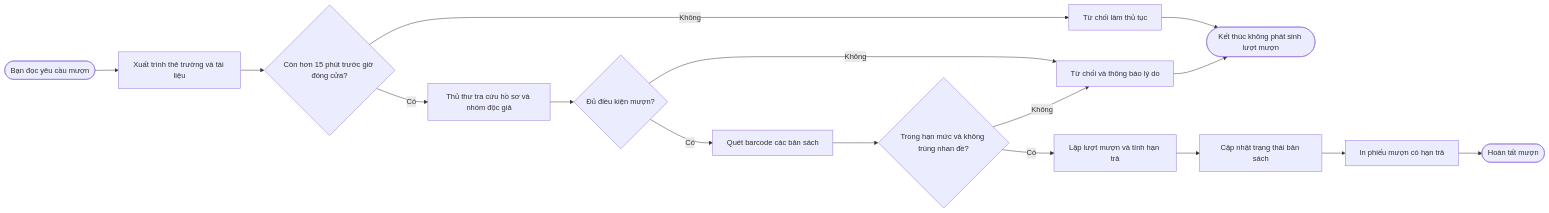
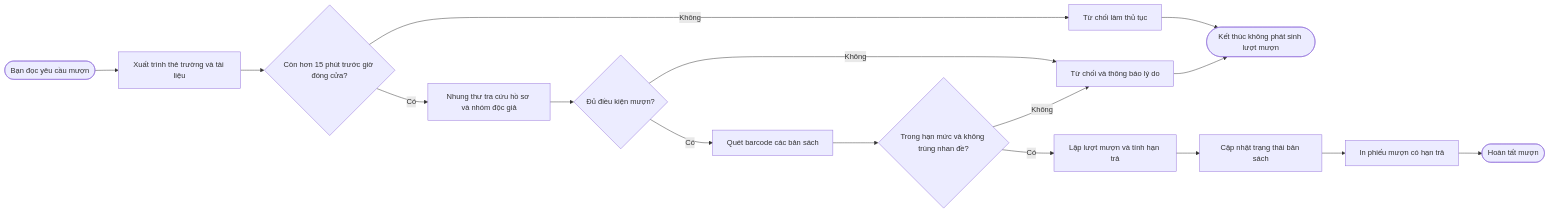
Before and after one commit to Jin01524/LTMMT-ThuVienDAU: the fifth of 9 diagrams in tai_lieu/Workflow.md, drawn with Mermaid. The commit also changed other lines of this file and 323 other files, not shown here.

````diff
--- a/tai_lieu/Workflow.md
+++ b/tai_lieu/Workflow.md
@@ -128,18 +128,18 @@
 ```mermaid
 flowchart LR
     start(["Bạn đọc yêu cầu mượn"]) --> present["Xuất trình thẻ trường và tài liệu"]
     present --> timeCheck{"Còn hơn 15 phút trước giờ đóng cửa?"}
     timeCheck -->|"Không"| lateTime["Từ chối làm thủ tục"]
-    timeCheck -->|"Có"| profile["Thủ thư tra cứu hồ sơ và nhóm độc giả"]
+    timeCheck -->|"Có"| profile["Nhung thư tra cứu hồ sơ và nhóm độc giả"]
     profile --> eligible{"Đủ điều kiện mượn?"}
     eligible -->|"Không"| denied["Từ chối và thông báo lý do"]
     eligible -->|"Có"| scan["Quét barcode các bản sách"]
     scan --> quota{"Trong hạn mức và không trùng nhan đề?"}
     quota -->|"Không"| denied
     quota -->|"Có"| register["Lập lượt mượn và tính hạn trả"]
     register --> update["Cập nhật trạng thái bản sách"]
     update --> print["In phiếu mượn có hạn trả"]
     print --> finish(["Hoàn tất mượn"])
     lateTime --> rejected(["Kết thúc không phát sinh lượt mượn"])
     denied --> rejected
 ```
````
